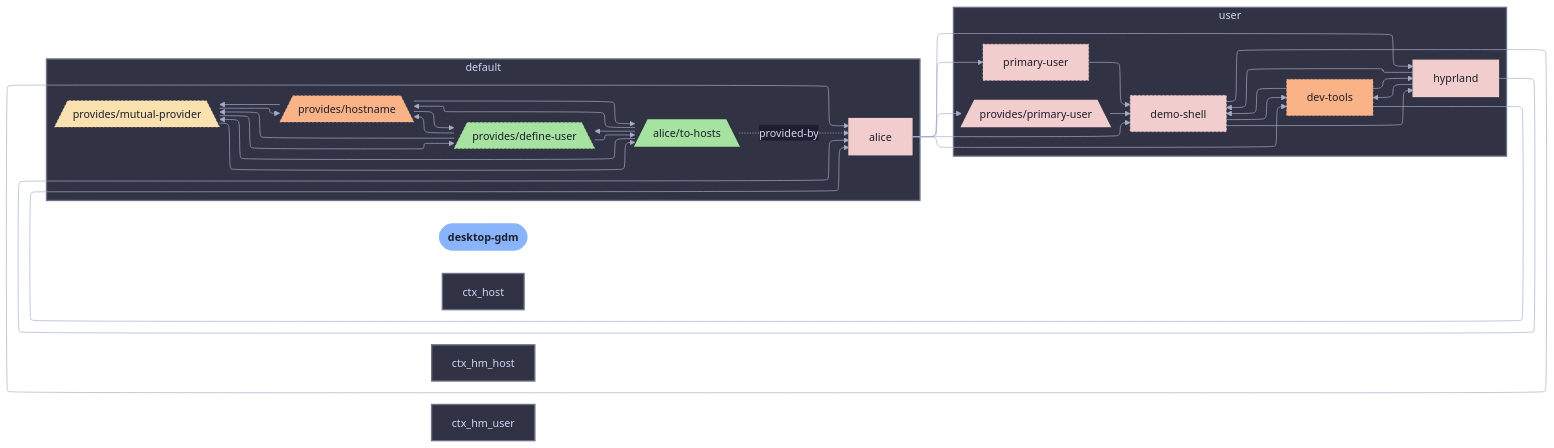
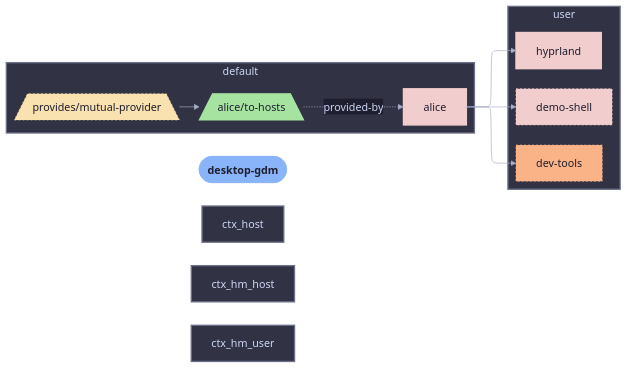
Before and after one commit to sini/den: the diagram in templates/diag-fx-demo/diagrams/desktop-gdm-class-hm.md, drawn with Mermaid. The commit also changed 849 other files, not shown here.

Commit message:
chore: update fx diagrams

````diff
--- a/templates/diag-fx-demo/diagrams/desktop-gdm-class-hm.md
+++ b/templates/diag-fx-demo/diagrams/desktop-gdm-class-hm.md
@@ -5,67 +5,35 @@
 ```mermaid
 %%{init: {"elk":{"mergeEdges":true,"nodePlacementStrategy":"BRANDES_KOEPF"},"layout":"elk","theme":"base","themeVariables":{"activationBkgColor":"#313244","activationBorderColor":"#6c7086","actorBkg":"#313244","actorBorder":"#a6adc8","actorLineColor":"#a6adc8","actorTextColor":"#cdd6f4","background":"#1e1e2e","classText":"#cdd6f4","clusterBkg":"#313244","clusterBorder":"#6c7086","edgeLabelBackground":"#1e1e2e","labelBoxBkgColor":"#313244","labelBoxBorderColor":"#a6adc8","labelTextColor":"#cdd6f4","lineColor":"#a6adc8","loopTextColor":"#cdd6f4","mainBkg":"#313244","nodeBkg":"#313244","nodeBorder":"#a6adc8","nodeTextColor":"#cdd6f4","noteBkgColor":"#313244","noteBorderColor":"#6c7086","noteTextColor":"#cdd6f4","pie1":"#f38ba8","pie2":"#fab387","pie3":"#f9e2af","pie4":"#a6e3a1","pie5":"#94e2d5","pie6":"#89b4fa","pie7":"#cba6f7","pie8":"#f2cdcd","pieLegendTextColor":"#cdd6f4","pieOuterStrokeColor":"#6c7086","pieSectionTextColor":"#cdd6f4","pieStrokeColor":"#6c7086","pieTitleTextColor":"#cdd6f4","primaryBorderColor":"#a6adc8","primaryColor":"#313244","primaryTextColor":"#cdd6f4","secondBkg":"#313244","secondaryBorderColor":"#6c7086","secondaryColor":"#313244","secondaryTextColor":"#cdd6f4","sequenceNumberColor":"#1e1e2e","signalColor":"#a6adc8","signalTextColor":"#cdd6f4","tertiaryBorderColor":"#6c7086","tertiaryColor":"#313244","tertiaryTextColor":"#cdd6f4","textColor":"#cdd6f4","titleColor":"#cdd6f4"}}}%%
 graph LR
   desktop_gdm([desktop-gdm]):::root
 
   subgraph ctx_default["default"]
-  den__provides__define_user[/"provides/define-user"\]:::den__provides__define_user_c
-  den__provides__hostname[/"provides/hostname"\]:::den__provides__hostname_c
   den__provides__mutual_provider[/"provides/mutual-provider"\]:::den__provides__mutual_provider_c
   alice__to_hosts[/"alice/to-hosts"\]:::alice__to_hosts_c
-  alice__to_hosts --> den__provides__define_user
-  alice__to_hosts --> den__provides__hostname
-  alice__to_hosts --> den__provides__mutual_provider
-  den__provides__mutual_provider --> den__provides__define_user
-  den__provides__mutual_provider --> den__provides__hostname
   den__provides__mutual_provider --> alice__to_hosts
-  den__provides__hostname --> den__provides__define_user
-  den__provides__define_user --> den__provides__hostname
-  den__provides__define_user --> den__provides__mutual_provider
-  den__provides__hostname --> den__provides__mutual_provider
-  den__provides__define_user --> alice__to_hosts
-  den__provides__hostname --> alice__to_hosts
   alice__to_hosts -.->|provided-by| alice
   end
   subgraph ctx_user["user"]
   alice["alice"]:::alice_c
   demo_shell["demo-shell"]:::demo_shell_c
   dev_tools["dev-tools"]:::dev_tools_c
   hyprland["hyprland"]:::hyprland_c
-  primary_user["primary-user"]:::primary_user_c
-  den__provides__primary_user[/"provides/primary-user"\]:::den__provides__primary_user_c
   alice --> demo_shell
   alice --> dev_tools
   alice --> hyprland
-  alice --> primary_user
-  alice --> den__provides__primary_user
-  demo_shell --> hyprland
-  demo_shell --> alice
-  demo_shell --> dev_tools
-  den__provides__primary_user --> demo_shell
-  dev_tools --> alice
-  dev_tools --> demo_shell
-  dev_tools --> hyprland
-  hyprland --> dev_tools
-  hyprland --> alice
-  hyprland --> demo_shell
-  primary_user --> demo_shell
   end
 
 
   classDef root fill:#89b4fa,stroke:#89b4fa,color:#1e1e2e,font-weight:bold
   classDef alice_c fill:#f2cdcd,stroke:#f2cdcd,color:#1e1e2e,stroke-width:2px
-  classDef den__provides__define_user_c fill:#a6e3a1,stroke:#a6e3a1,color:#1e1e2e,stroke-dasharray: 3 3,stroke-width:1px
   classDef demo_shell_c fill:#f2cdcd,stroke:#f2cdcd,color:#1e1e2e,stroke-dasharray: 3 3,stroke-width:1px
   classDef dev_tools_c fill:#fab387,stroke:#fab387,color:#1e1e2e,stroke-dasharray: 3 3,stroke-width:1px
-  classDef den__provides__hostname_c fill:#fab387,stroke:#fab387,color:#1e1e2e,stroke-dasharray: 3 3,stroke-width:1px
   classDef hyprland_c fill:#f2cdcd,stroke:#f2cdcd,color:#1e1e2e,stroke-width:2px
   classDef den__provides__mutual_provider_c fill:#f9e2af,stroke:#f9e2af,color:#1e1e2e,stroke-dasharray: 3 3,stroke-width:1px
-  classDef primary_user_c fill:#f2cdcd,stroke:#f2cdcd,color:#1e1e2e,stroke-dasharray: 3 3,stroke-width:1px
-  classDef den__provides__primary_user_c fill:#f2cdcd,stroke:#f2cdcd,color:#1e1e2e,stroke-width:2px
   classDef alice__to_hosts_c fill:#a6e3a1,stroke:#a6e3a1,color:#1e1e2e,stroke-width:2px
 style ctx_host fill:#313244,stroke:#6c7086,stroke-width:2px
 style ctx_default fill:#313244,stroke:#6c7086,stroke-width:2px
 style ctx_hm_host fill:#313244,stroke:#6c7086,stroke-width:2px
 style ctx_hm_user fill:#313244,stroke:#6c7086,stroke-width:2px
 style ctx_user fill:#313244,stroke:#6c7086,stroke-width:2px
 ```
````
